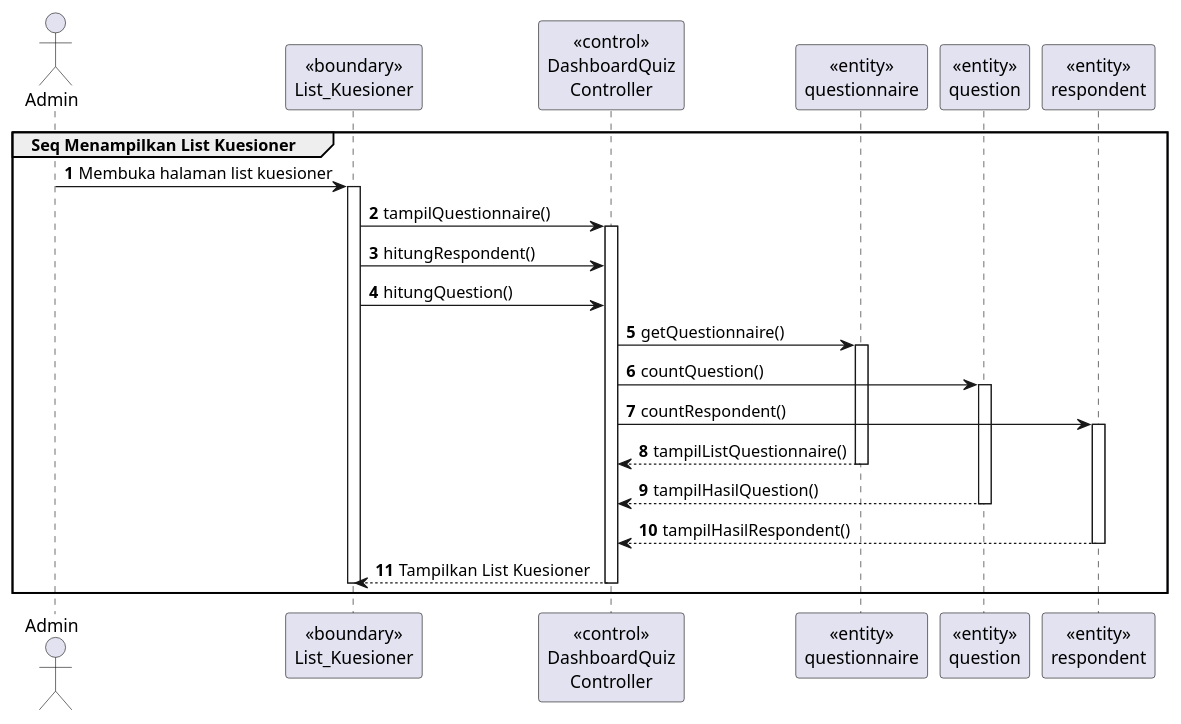
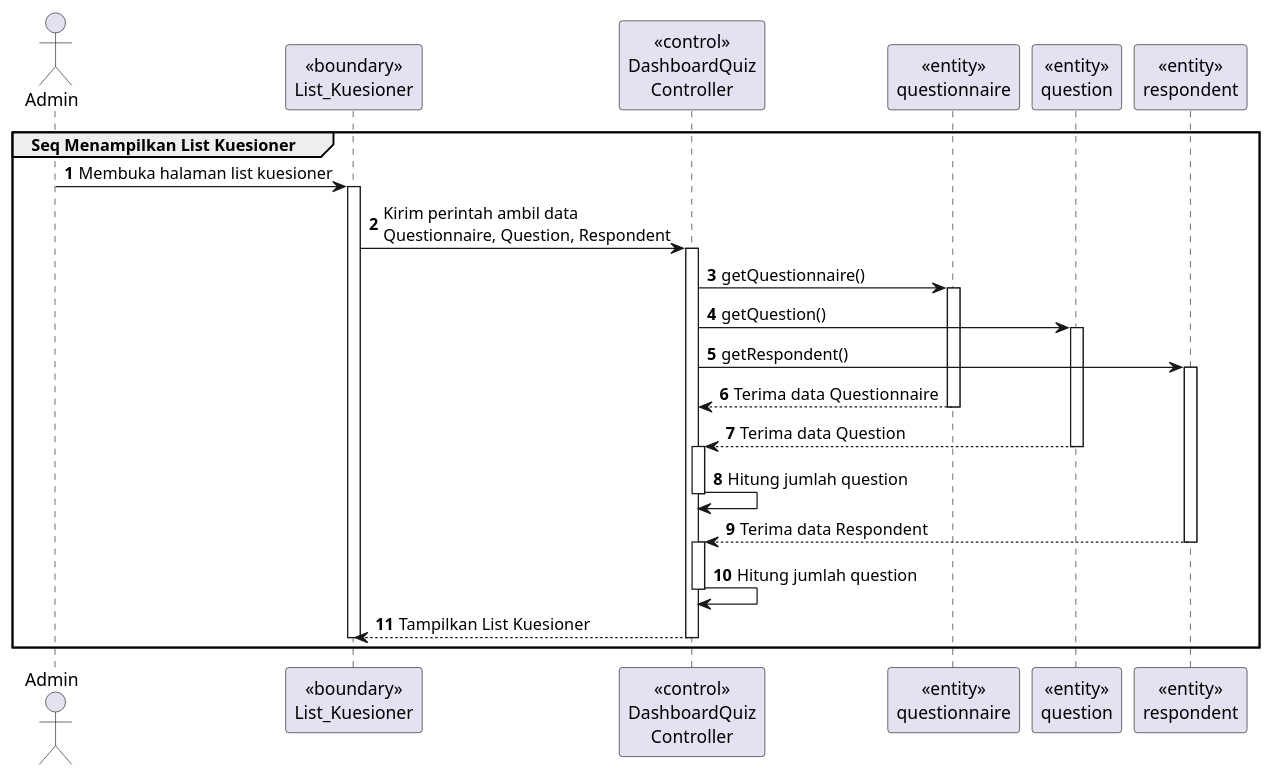
The diagram in documentation/SequenceDiagram/tampilListKuesioner.puml (Churma16/indeks-kepuasan-masyarakat), drawn with PlantUML before and after one commit. The commit also changed 16 other files, not shown here.

```diff
--- a/documentation/SequenceDiagram/tampilListKuesioner.puml
+++ b/documentation/SequenceDiagram/tampilListKuesioner.puml
@@ -1,36 +1,38 @@
-@startuml tampilListKuesioner
+@startuml tampilListKuesioner 2
 autonumber
     actor Admin 
     participant "<<boundary>>\nList_Kuesioner" as list
     participant "<<control>>\nDashboardQuiz\nController" as dqcontrol
     participant "<<entity>>\nquestionnaire" as questioner
     participant "<<entity>>\nquestion" as question
     participant "<<entity>>\nrespondent" as respondent
 
 
     group Seq Menampilkan List Kuesioner
         Admin->list:Membuka halaman list kuesioner
         activate list
-            list-> dqcontrol: tampilQuestionnaire()
+            list-> dqcontrol: Kirim perintah ambil data \nQuestionnaire, Question, Respondent
             activate dqcontrol
-                list-> dqcontrol: hitungRespondent()
-                list-> dqcontrol: hitungQuestion()
-
                 dqcontrol-> questioner: getQuestionnaire()
                 activate questioner
-                    dqcontrol-> question:   countQuestion()
+                    dqcontrol-> question:  getQuestion()
                 activate question
-                    dqcontrol-> respondent: countRespondent()
+                    dqcontrol-> respondent: getRespondent()
                 activate respondent
-
-                    questioner--> dqcontrol: tampilListQuestionnaire()
+                    questioner--> dqcontrol: Terima data Questionnaire
                 deactivate questioner
-                    question--> dqcontrol: tampilHasilQuestion() 
+                    question--> dqcontrol: Terima data Question
                 deactivate question
-                    respondent--> dqcontrol: tampilHasilRespondent() 
+                activate dqcontrol
+                    dqcontrol ->dqcontrol: Hitung jumlah question
+                deactivate dqcontrol
+                    respondent--> dqcontrol: Terima data Respondent 
                 deactivate respondent
+                activate dqcontrol
+                    dqcontrol ->dqcontrol: Hitung jumlah question
+                deactivate dqcontrol
                 dqcontrol--> list: Tampilkan List Kuesioner
             deactivate dqcontrol
         deactivate list
     end
 @enduml
```
